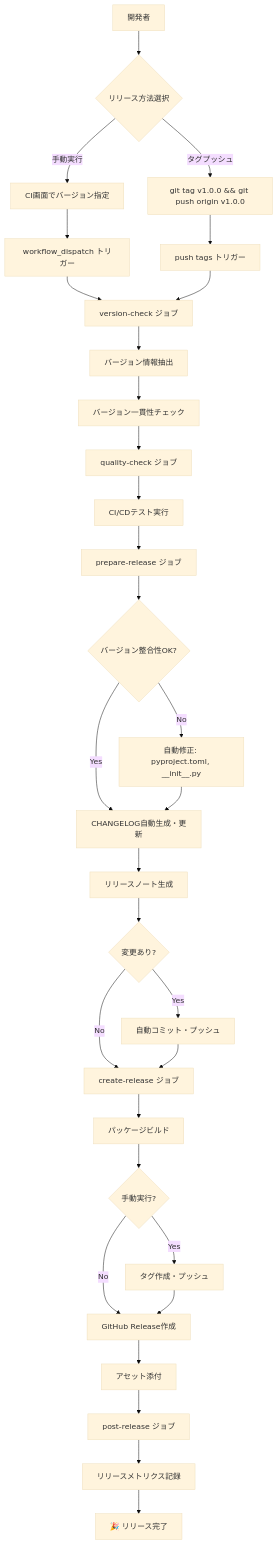
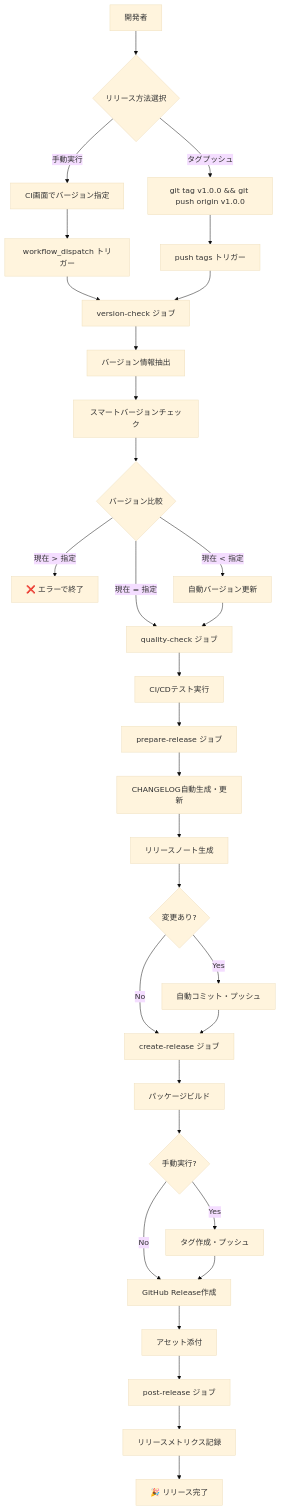
The first of 4 diagrams in docs/release-workflow.md (scottlz0310/Setup-Repository), drawn with Mermaid (base theme) before and after one commit. The commit also changed other lines of this file, not shown here.

````diff
--- a/docs/release-workflow.md
+++ b/docs/release-workflow.md
@@ -17,42 +17,43 @@
 ```mermaid
 flowchart TD
     A[開発者] --> B{リリース方法選択}
     
     B -->|手動実行| C[CI画面でバージョン指定]
     B -->|タグプッシュ| D[git tag v1.0.0 && git push origin v1.0.0]
     
     C --> E[workflow_dispatch トリガー]
     D --> F[push tags トリガー]
     
     E --> G[version-check ジョブ]
     F --> G
     
     G --> H[バージョン情報抽出]
-    H --> I[バージョン一貫性チェック]
-    I --> J[quality-check ジョブ]
+    H --> I[スマートバージョンチェック]
+    I --> J{バージョン比較}
     
-    J --> K[CI/CDテスト実行]
-    K --> L[prepare-release ジョブ]
+    J -->|現在 > 指定| K[❌ エラーで終了]
+    J -->|現在 = 指定| L[quality-check ジョブ]
+    J -->|現在 < 指定| M[自動バージョン更新]
+    M --> L
     
-    L --> M{バージョン整合性OK?}
-    M -->|No| N[自動修正: pyproject.toml, __init__.py]
-    M -->|Yes| O[CHANGELOG自動生成・更新]
-    N --> O
+    L --> N[CI/CDテスト実行]
+    N --> O[prepare-release ジョブ]
     
-    O --> P[リリースノート生成]
-    P --> Q{変更あり?}
-    Q -->|Yes| R[自動コミット・プッシュ]
-    Q -->|No| S[create-release ジョブ]
-    R --> S
+    O --> P[CHANGELOG自動生成・更新]
+    P --> Q[リリースノート生成]
+    Q --> R{変更あり?}
+    R -->|Yes| S[自動コミット・プッシュ]
+    R -->|No| T[create-release ジョブ]
+    S --> T
     
-    S --> T[パッケージビルド]
-    T --> U{手動実行?}
-    U -->|Yes| V[タグ作成・プッシュ]
-    U -->|No| W[GitHub Release作成]
-    V --> W
+    T --> U[パッケージビルド]
+    U --> V{手動実行?}
+    V -->|Yes| W[タグ作成・プッシュ]
+    V -->|No| X[GitHub Release作成]
+    W --> X
     
-    W --> X[アセット添付]
-    X --> Y[post-release ジョブ]
-    Y --> Z[リリースメトリクス記録]
-    Z --> AA[🎉 リリース完了]
+    X --> Y[アセット添付]
+    Y --> Z[post-release ジョブ]
+    Z --> AA[リリースメトリクス記録]
+    AA --> BB[🎉 リリース完了]
 ```
````
